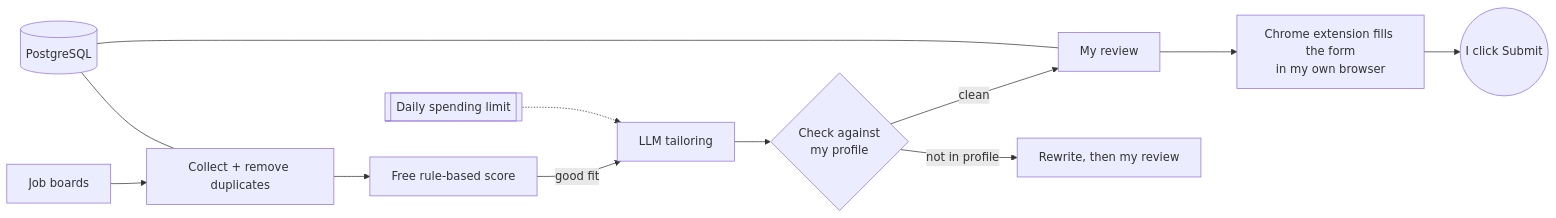
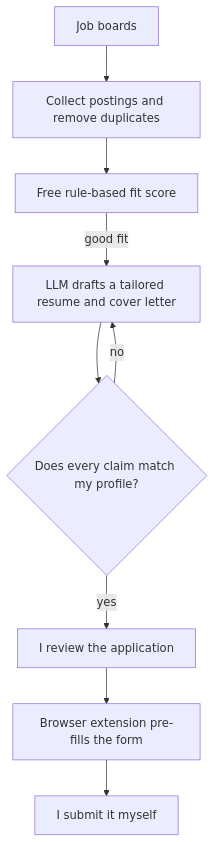
Before and after one commit to Deshraj-Jogiya/Deshraj-Jogiya: the diagram in README.md, drawn with Mermaid.

Commit message:
Draw the Career Pilot flow top to bottom so it is readable

````diff
--- a/README.md
+++ b/README.md
@@ -35,13 +35,11 @@
 ```mermaid
-flowchart LR
-    B[Job boards] --> I[Collect + remove duplicates]
-    I --> S[Free rule-based score]
-    S -- good fit --> L[LLM tailoring]
-    L --> G{Check against<br/>my profile}
-    G -- clean --> Q[My review]
-    G -- not in profile --> R[Rewrite, then my review]
-    Q --> X[Chrome extension fills the form<br/>in my own browser]
-    X --> H((I click Submit))
-    C[(PostgreSQL)] --- I & Q
-    K[[Daily spending limit]] -.-> L
+flowchart TD
+    A[Job boards] --> B[Collect postings and remove duplicates]
+    B --> C[Free rule-based fit score]
+    C -- good fit --> D[LLM drafts a tailored resume and cover letter]
+    D --> E{Does every claim match my profile?}
+    E -- no --> D
+    E -- yes --> F[I review the application]
+    F --> G[Browser extension pre-fills the form]
+    G --> H[I submit it myself]
 ```
````
